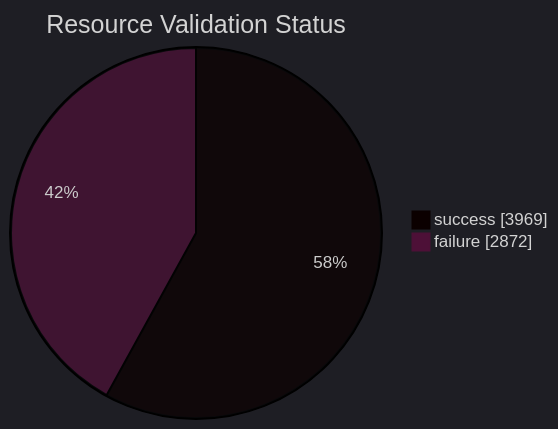
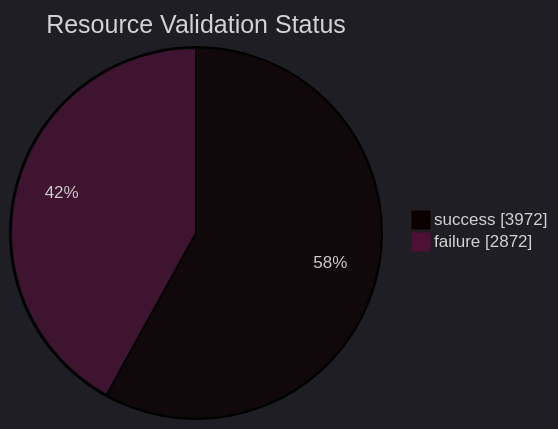
One commit to open-data/analytics-corporate-reporting changed the diagram in datastore_tracker/resource_validation_status_pie_chart.md. Above: the diagram before and after it, drawn with Mermaid. The commit also changed 9 other files, not shown here.

````diff
--- a/datastore_tracker/resource_validation_status_pie_chart.md
+++ b/datastore_tracker/resource_validation_status_pie_chart.md
@@ -2,9 +2,9 @@
 ```mermaid
 ---
 config:
   theme: dark
 ---
 pie showData title Resource Validation Status
-    "success": 3969
+    "success": 3972
     "failure": 2872
 ```
````
